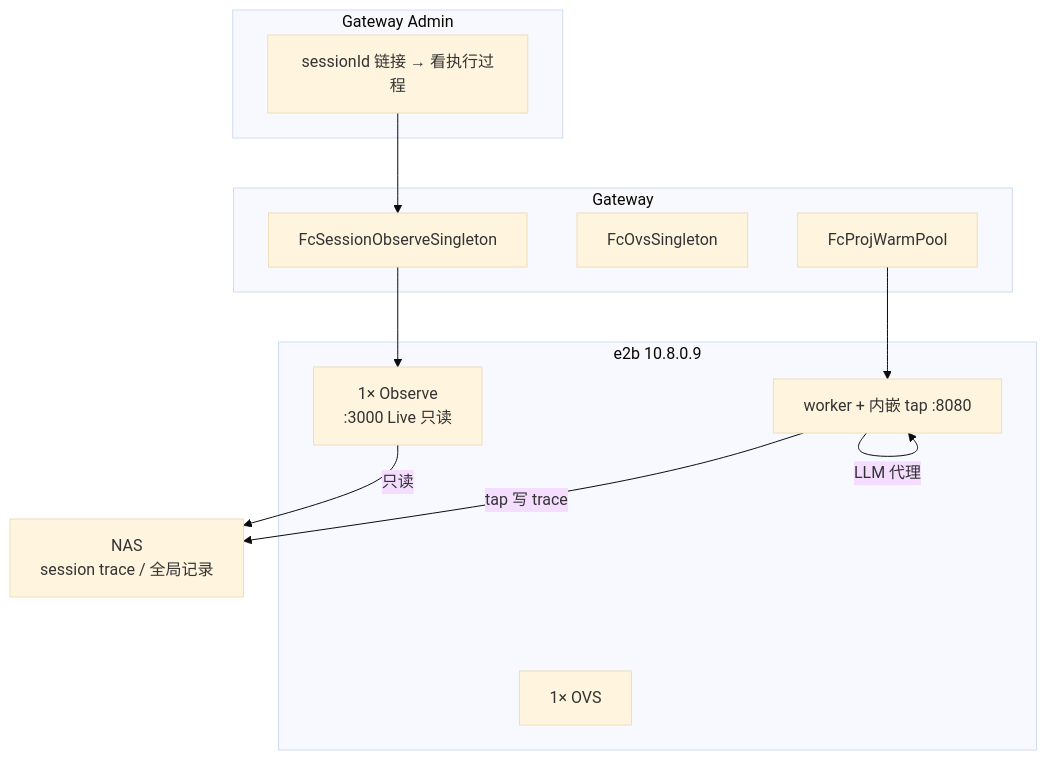
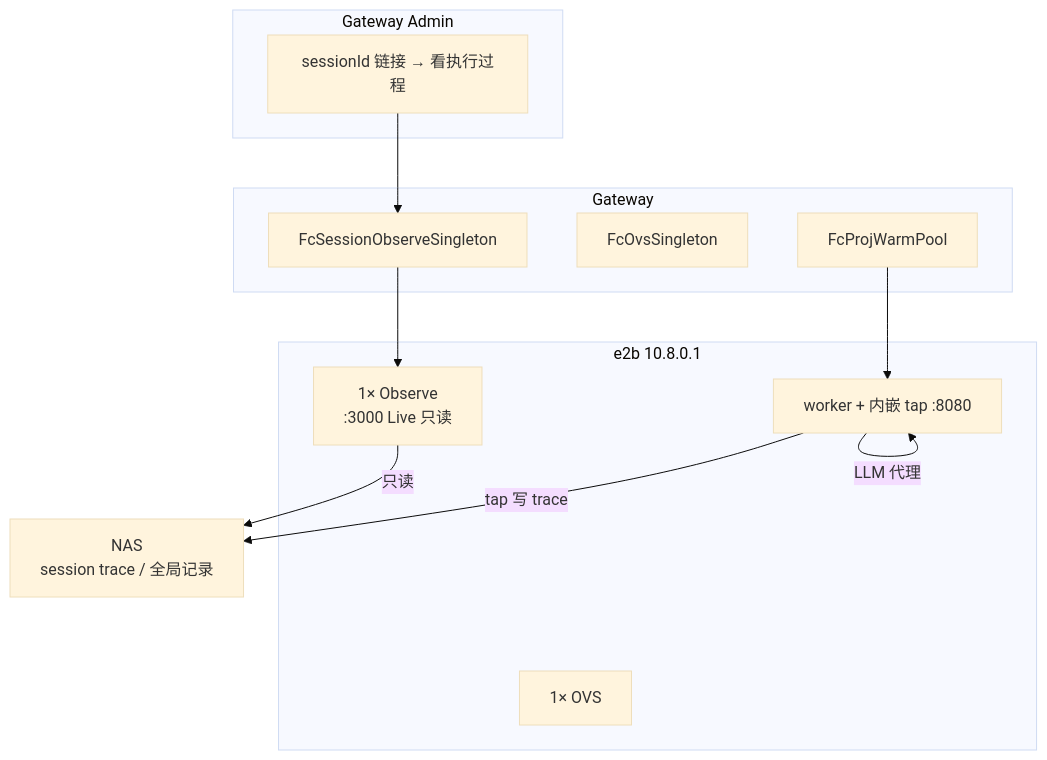
Before and after one commit to passionke/claw-code: the diagram in docs/ovs-chat/FC-TAP-SINGLETON-DESIGN.md, drawn with Mermaid (base theme). The commit also changed 39 other files, not shown here.

````diff
--- a/docs/ovs-chat/FC-TAP-SINGLETON-DESIGN.md
+++ b/docs/ovs-chat/FC-TAP-SINGLETON-DESIGN.md
@@ -55,27 +55,27 @@
 ```mermaid
 flowchart TB
   subgraph admin["Gateway Admin"]
     TurnCard["sessionId 链接 → 看执行过程"]
   end
 
   subgraph gw["Gateway"]
     ObsMgr["FcSessionObserveSingleton"]
     OvsMgr["FcOvsSingleton"]
     WarmPool["FcProjWarmPool"]
   end
 
-  subgraph e2b["e2b 10.8.0.9"]
+  subgraph e2b["e2b 10.8.0.1"]
     OBS["1× Observe<br/>:3000 Live 只读"]
     OVS["1× OVS"]
     W1["worker + 内嵌 tap :8080"]
   end
 
   NAS["NAS<br/>session trace / 全局记录"]
 
   TurnCard --> ObsMgr
   ObsMgr --> OBS
   OBS -->|"只读"| NAS
   W1 -->|"tap 写 trace"| NAS
   W1 -->|"LLM 代理"| W1
   WarmPool --> W1
 ```
````
